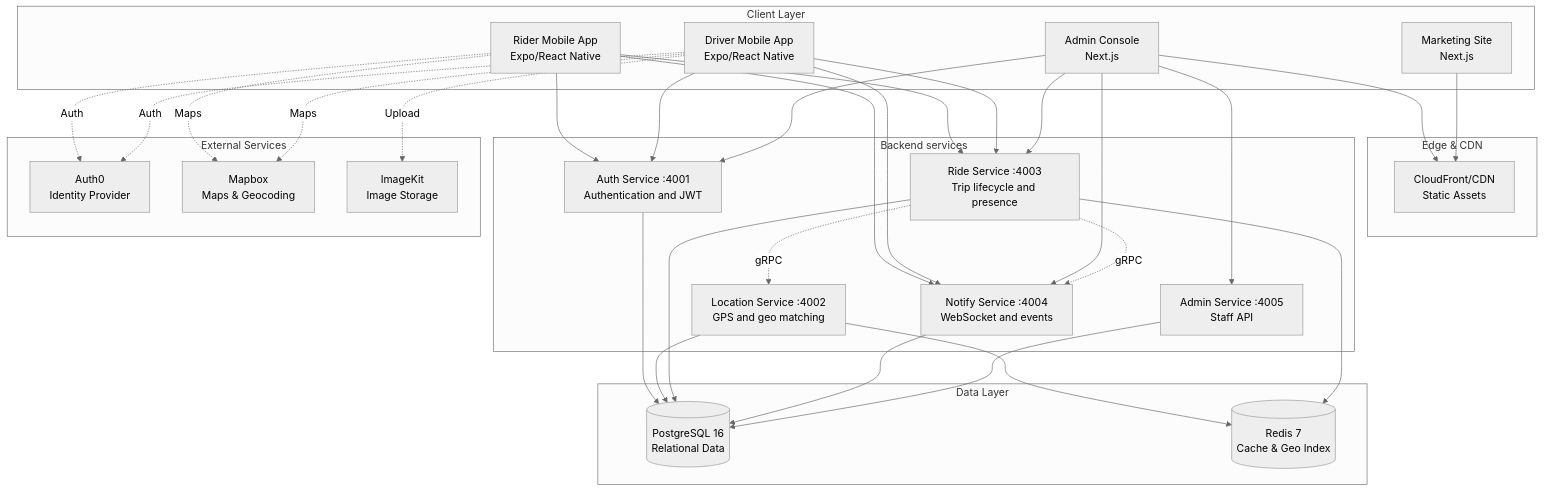
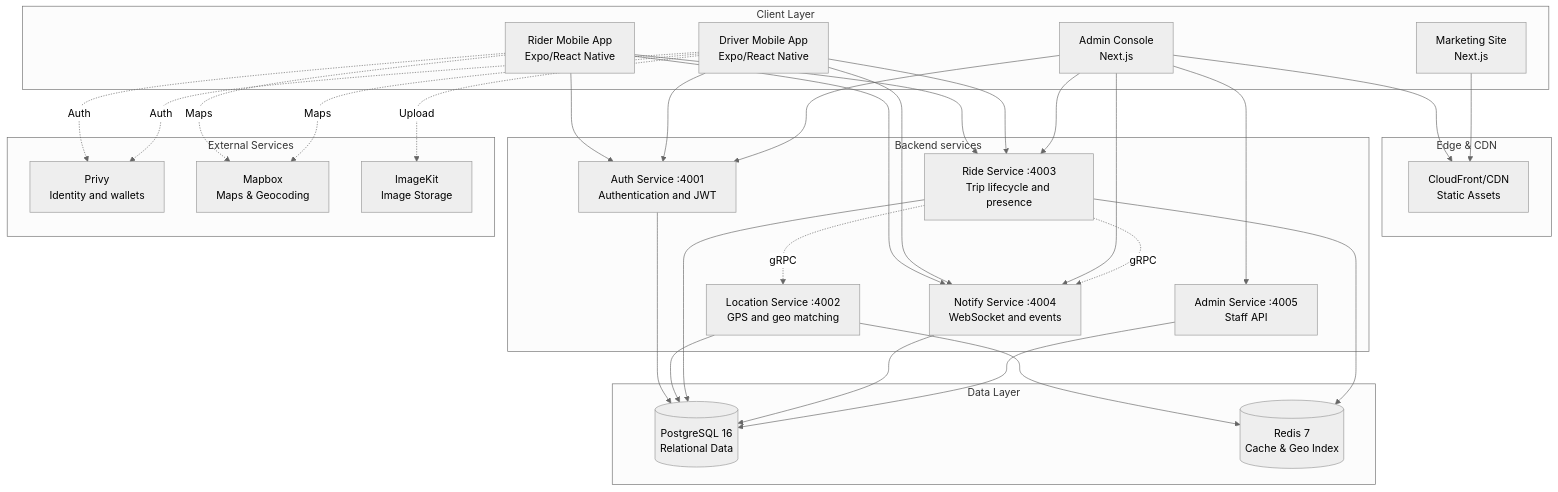
Before and after one commit to 13x54n/Eve: the first of 11 diagrams in ARCHITECTURE.md, drawn with Mermaid (neutral theme). The commit also changed other lines of this file and 93 other files, not shown here.

First line of the commit message:
Replace Auth0 with Privy SMS, passkeys, and embedded wallets

````diff
--- a/ARCHITECTURE.md
+++ b/ARCHITECTURE.md
@@ -34,63 +34,63 @@
 ```mermaid
 graph TB
     subgraph Clients["Client Layer"]
         RiderApp[Rider Mobile App<br/>Expo/React Native]
         DriverApp[Driver Mobile App<br/>Expo/React Native]
         AdminWeb[Admin Console<br/>Next.js]
         WWW[Marketing Site<br/>Next.js]
     end
 
     subgraph CDN["Edge & CDN"]
         CF[CloudFront/CDN<br/>Static Assets]
     end
 
     subgraph API["Backend services"]
         Auth[Auth Service :4001<br/>Authentication and JWT]
         Location[Location Service :4002<br/>GPS and geo matching]
         Ride[Ride Service :4003<br/>Trip lifecycle and presence]
         Notify[Notify Service :4004<br/>WebSocket and events]
         AdminApi[Admin Service :4005<br/>Staff API]
     end
 
     subgraph DataLayer["Data Layer"]
         PG[(PostgreSQL 16<br/>Relational Data)]
         Redis[(Redis 7<br/>Cache & Geo Index)]
     end
 
     subgraph External["External Services"]
-        Auth0[Auth0<br/>Identity Provider]
+        Privy[Privy<br/>Identity and wallets]
         Mapbox[Mapbox<br/>Maps & Geocoding]
         ImageKit[ImageKit<br/>Image Storage]
     end
 
     RiderApp --> Auth
     RiderApp --> Ride
     RiderApp --> Notify
     DriverApp --> Auth
     DriverApp --> Ride
     DriverApp --> Notify
     AdminWeb --> Auth
     AdminWeb --> AdminApi
     AdminWeb --> Ride
     AdminWeb --> Notify
 
     Auth --> PG
     Location --> PG
     Location --> Redis
     Ride --> PG
     Ride --> Redis
     Notify --> PG
 
     Ride -.gRPC.-> Location
     Ride -.gRPC.-> Notify
     AdminApi --> PG
 
-    RiderApp -.Auth.-> Auth0
-    DriverApp -.Auth.-> Auth0
+    RiderApp -.Auth.-> Privy
+    DriverApp -.Auth.-> Privy
     RiderApp -.Maps.-> Mapbox
     DriverApp -.Maps.-> Mapbox
     DriverApp -.Upload.-> ImageKit
 
     AdminWeb --> CF
     WWW --> CF
 ```
````
